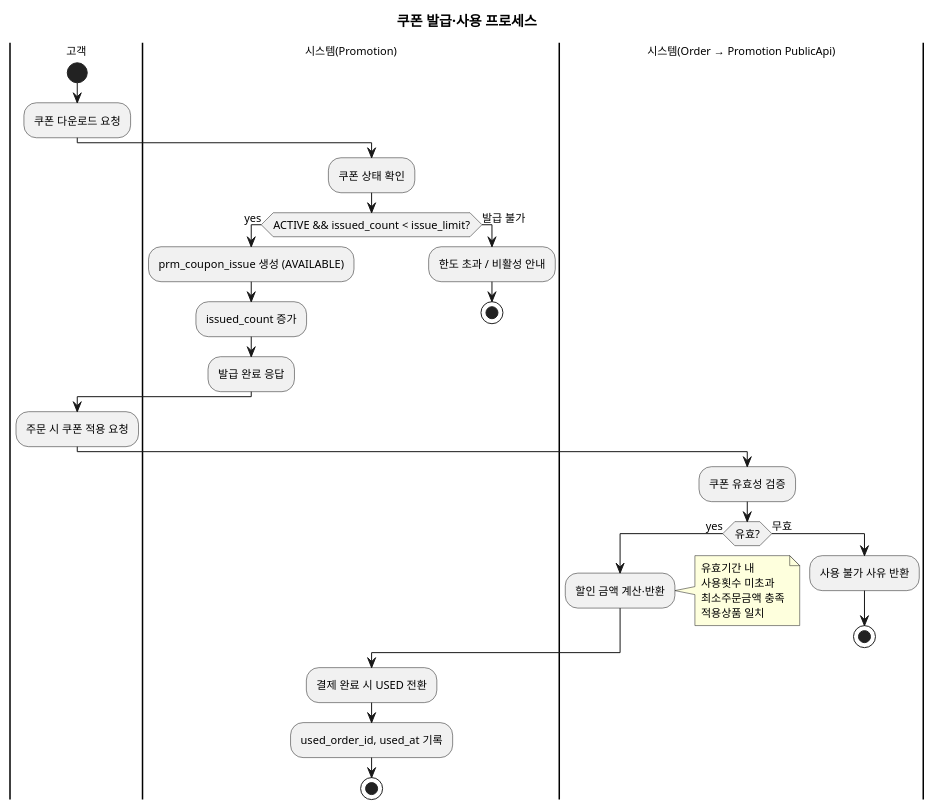
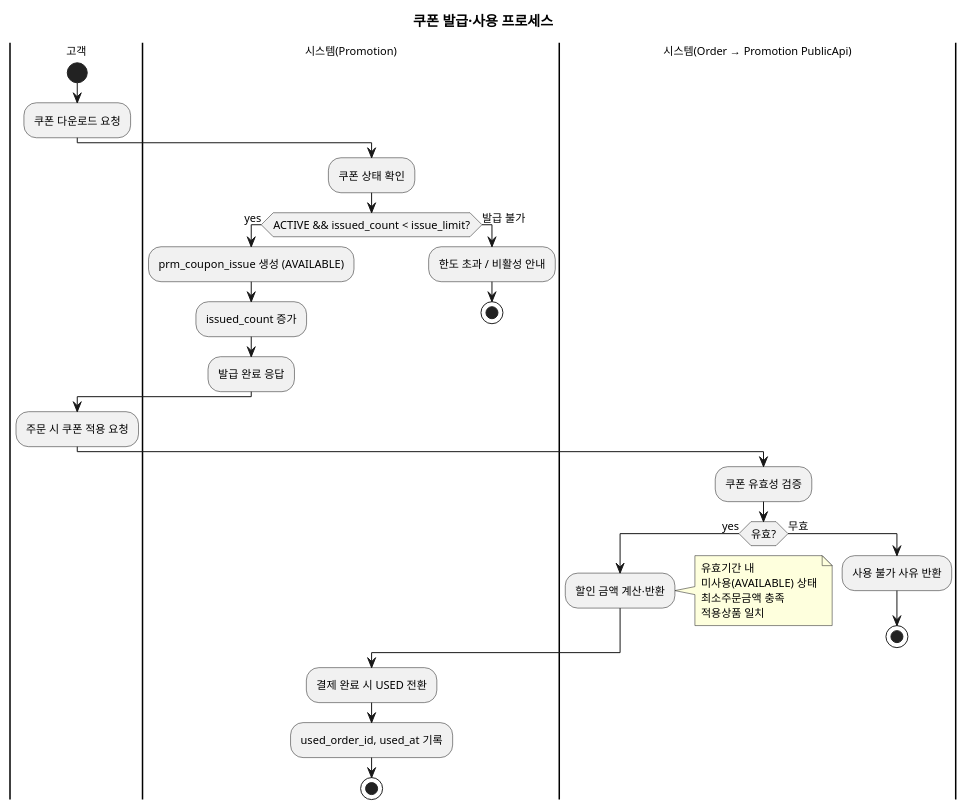
The third of 8 diagrams in docs/자산화-단계별/S2-구조설계/DH-비즈니스프로세스(Promotion).md (parknahyun/runNShop), drawn with PlantUML before and after one commit. The commit also changed other lines of this file and 5 other files, not shown here.

````diff
--- a/docs/자산화-단계별/S2-구조설계/DH-비즈니스프로세스(Promotion).md
+++ b/docs/자산화-단계별/S2-구조설계/DH-비즈니스프로세스(Promotion).md
@@ -111,43 +113,43 @@
 ```plantuml
 @startuml
 skinparam backgroundColor transparent
 skinparam defaultFontSize 11
 title 쿠폰 발급·사용 프로세스
 
 |고객|
 start
 :쿠폰 다운로드 요청;
 
 |시스템(Promotion)|
 :쿠폰 상태 확인;
 
 if (ACTIVE && issued_count < issue_limit?) then (yes)
   :prm_coupon_issue 생성 (AVAILABLE);
   :issued_count 증가;
   :발급 완료 응답;
 else (발급 불가)
   :한도 초과 / 비활성 안내;
   stop
 endif
 
 |고객|
 :주문 시 쿠폰 적용 요청;
 
 |시스템(Order → Promotion PublicApi)|
 :쿠폰 유효성 검증;
 
 if (유효?) then (yes)
   :할인 금액 계산·반환;
-  note right: 유효기간 내\n사용횟수 미초과\n최소주문금액 충족\n적용상품 일치
+  note right: 유효기간 내\n미사용(AVAILABLE) 상태\n최소주문금액 충족\n적용상품 일치
 else (무효)
   :사용 불가 사유 반환;
   stop
 endif
 
 |시스템(Promotion)|
 :결제 완료 시 USED 전환;
 :used_order_id, used_at 기록;
 stop
 
 @enduml
 ```
````
